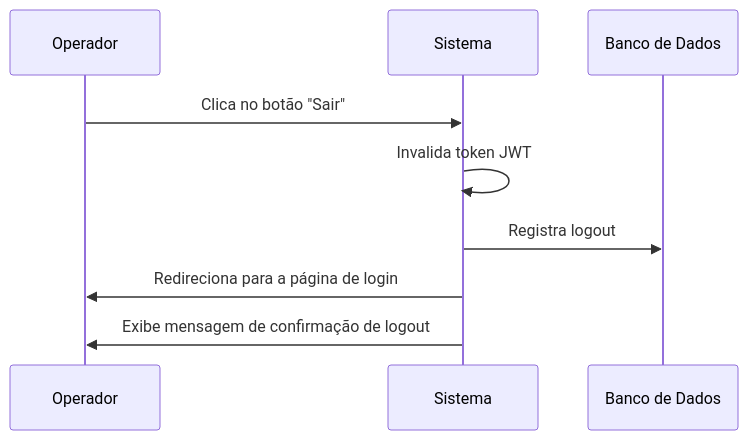
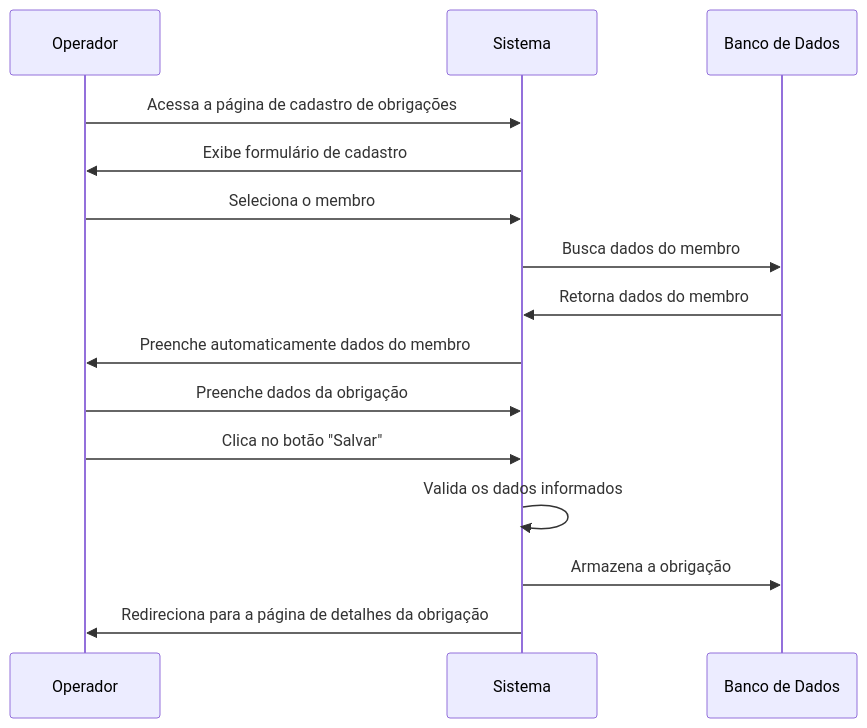
The first of 3 diagrams in Writerside/topics/RF11.md (Bomsalvez/quilombo-docs), drawn with Mermaid before and after one commit. The commit also changed other lines of this file and 34 other files, not shown here.

````diff
--- a/Writerside/topics/RF11.md
+++ b/Writerside/topics/RF11.md
@@ -31,12 +35,18 @@
 ```mermaid
 sequenceDiagram
     participant O as Operador
     participant S as Sistema
     participant DB as Banco de Dados
     
-    O->>S: Clica no botão "Sair"
-    S->>S: Invalida token JWT
-    S->>DB: Registra logout
-    S->>O: Redireciona para a página de login
-    S->>O: Exibe mensagem de confirmação de logout
+    O->>S: Acessa a página de cadastro de obrigações
+    S->>O: Exibe formulário de cadastro
+    O->>S: Seleciona o membro
+    S->>DB: Busca dados do membro
+    DB->>S: Retorna dados do membro
+    S->>O: Preenche automaticamente dados do membro
+    O->>S: Preenche dados da obrigação
+    O->>S: Clica no botão "Salvar"
+    S->>S: Valida os dados informados
+    S->>DB: Armazena a obrigação
+    S->>O: Redireciona para a página de detalhes da obrigação
 ```
````
